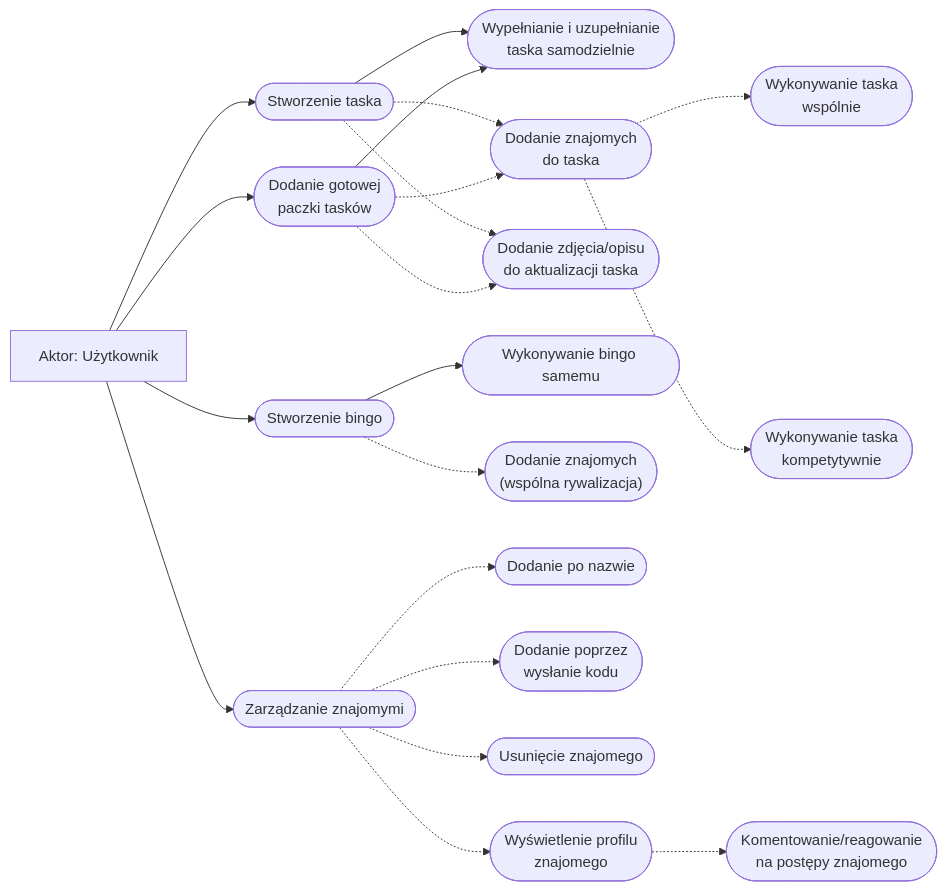
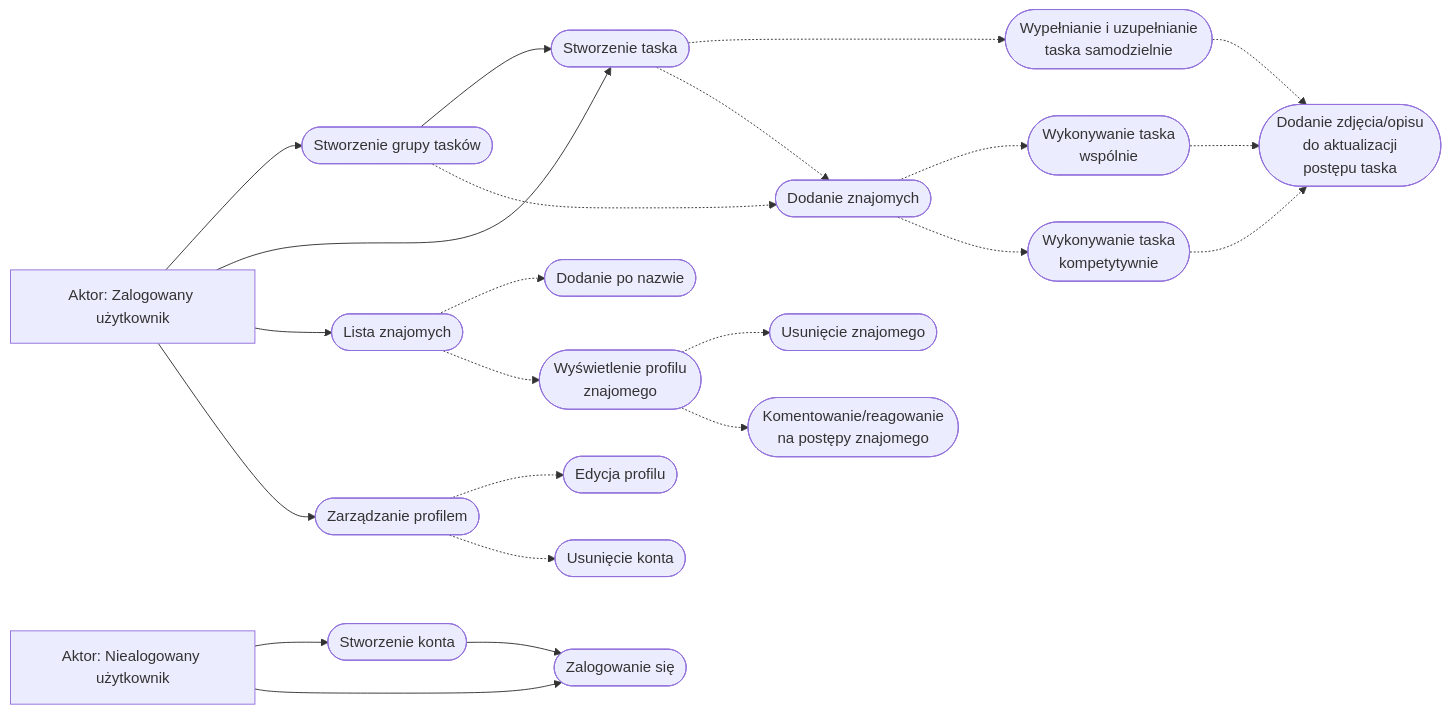
One commit to Tarnuchy/EggJob changed the diagram in docs/zadanie3/diagram-przypadki-użycia-normalny.md. Above: the diagram before and after it, drawn with Mermaid. The commit also changed 1 other file, not shown here.

Commit message:
update diagram

````diff
--- a/docs/zadanie3/diagram-przypadki-użycia-normalny.md
+++ b/docs/zadanie3/diagram-przypadki-użycia-normalny.md
@@ -3,48 +3,59 @@
 ```mermaid
 flowchart LR
-    U["Aktor: Użytkownik"]
+    U["Aktor: Zalogowany użytkownik"]
 
     ST(["Stworzenie taska"])
-    GP(["Dodanie gotowej<br/>paczki tasków"])
+    STG(["Stworzenie grupy tasków"])
     WU(["Wypełnianie i uzupełnianie<br/>taska samodzielnie"])
-    DZT(["Dodanie znajomych<br/>do taska"])
+    DZT(["Dodanie znajomych"])
     WSP(["Wykonywanie taska<br/>wspólnie"])
     KOM(["Wykonywanie taska<br/>kompetytywnie"])
-    FOT(["Dodanie zdjęcia/opisu<br/>do aktualizacji taska"])
+    FOT(["Dodanie zdjęcia/opisu<br/>do aktualizacji<br/>postępu taska"])
 
-    SB(["Stworzenie bingo"])
-    BSM(["Wykonywanie bingo samemu"])
-    BZR(["Dodanie znajomych<br/>(wspólna rywalizacja)"])
-
-    ZN(["Zarządzanie znajomymi"])
+    ZN(["Lista znajomych"])
     DPN(["Dodanie po nazwie"])
-    DPK(["Dodanie poprzez<br/>wysłanie kodu"])
     US(["Usunięcie znajomego"])
     WPF(["Wyświetlenie profilu<br/>znajomego"])
     KR(["Komentowanie/reagowanie<br/>na postępy znajomego"])
 
+    PRF(["Zarządzanie profilem"])
+    EU(["Edycja profilu"])
+    DEL(["Usunięcie konta"])
+
+    U2["Aktor: Niealogowany użytkownik"]
+
+    LOG(["Zalogowanie się"])
+    CR(["Stworzenie konta"])
+
+    U --> STG
     U --> ST
-    U --> GP
-    U --> SB
     U --> ZN
+    U --> PRF
 
-    ST --> WU
+    STG --> ST
+    STG -.-> DZT
 
-    GP --> WU
+    ST -.-> WU
 
     ST -.-> DZT
-    GP -.-> DZT
-    ST -.-> FOT
-    GP -.-> FOT
     DZT -.-> WSP
     DZT -.-> KOM
 
-    SB --> BSM
-    SB -.-> BZR
+    WU -.-> FOT
+    WSP -.-> FOT
+    KOM -.-> FOT
 
     ZN -.-> DPN
-    ZN -.-> DPK
-    ZN -.-> US
     ZN -.-> WPF
+    WPF -.-> US
     WPF -.-> KR
+
+    PRF -.-> EU
+    PRF -.-> DEL
+
+
+    U2 --> CR
+    U2 --> LOG
+    CR --> LOG
+    
 ```
````
